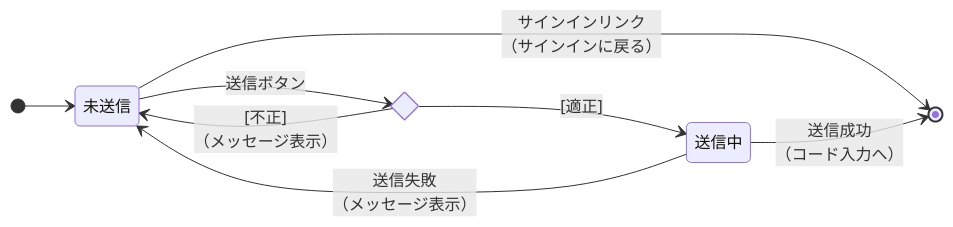
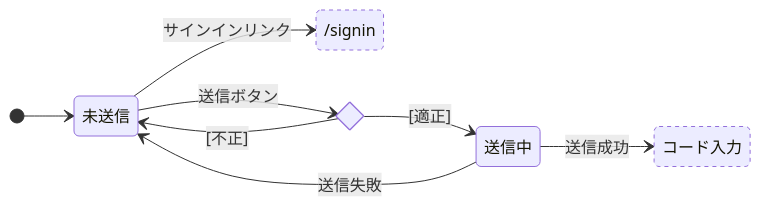
One commit to yukiyamasaki6/aims changed the eighth of 10 diagrams in docs/screen-state.md. Above: the diagram before and after it, drawn with Mermaid. The commit also changed other lines of this file, not shown here.

First line of the commit message:
docs: screen-state.mdの状態遷移図の表記を整理する (#355)

````diff
--- a/docs/screen-state.md
+++ b/docs/screen-state.md
@@ -198,15 +224,21 @@
 ```mermaid
 stateDiagram-v2
     direction LR
+    state "/signin" as SignIn
+    state "コード入力" as CodeStep
+
     [*] --> 未送信
 
     state c1 <<choice>>
     未送信 --> c1: 送信ボタン
     c1 --> 送信中: [適正]
-    c1 --> 未送信: [不正]<br/>（メッセージ表示）
+    c1 --> 未送信: [不正]
 
-    未送信 --> [*]: サインインリンク<br/>（サインインに戻る）
+    未送信 --> SignIn: サインインリンク
 
-    送信中 --> 未送信: 送信失敗<br/>（メッセージ表示）
-    送信中 --> [*]: 送信成功<br/>（コード入力へ）
+    送信中 --> 未送信: 送信失敗
+    送信中 --> CodeStep: 送信成功
+
+    classDef external stroke-dasharray: 4 4
+    class SignIn,CodeStep external
 ```
````
